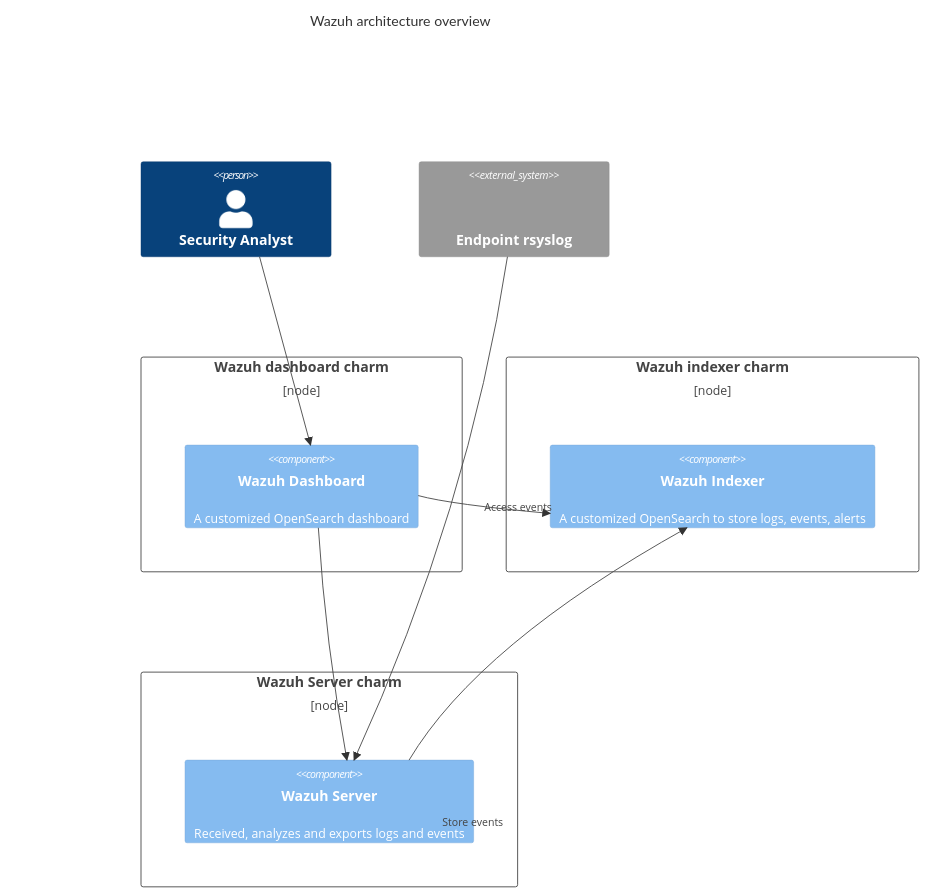
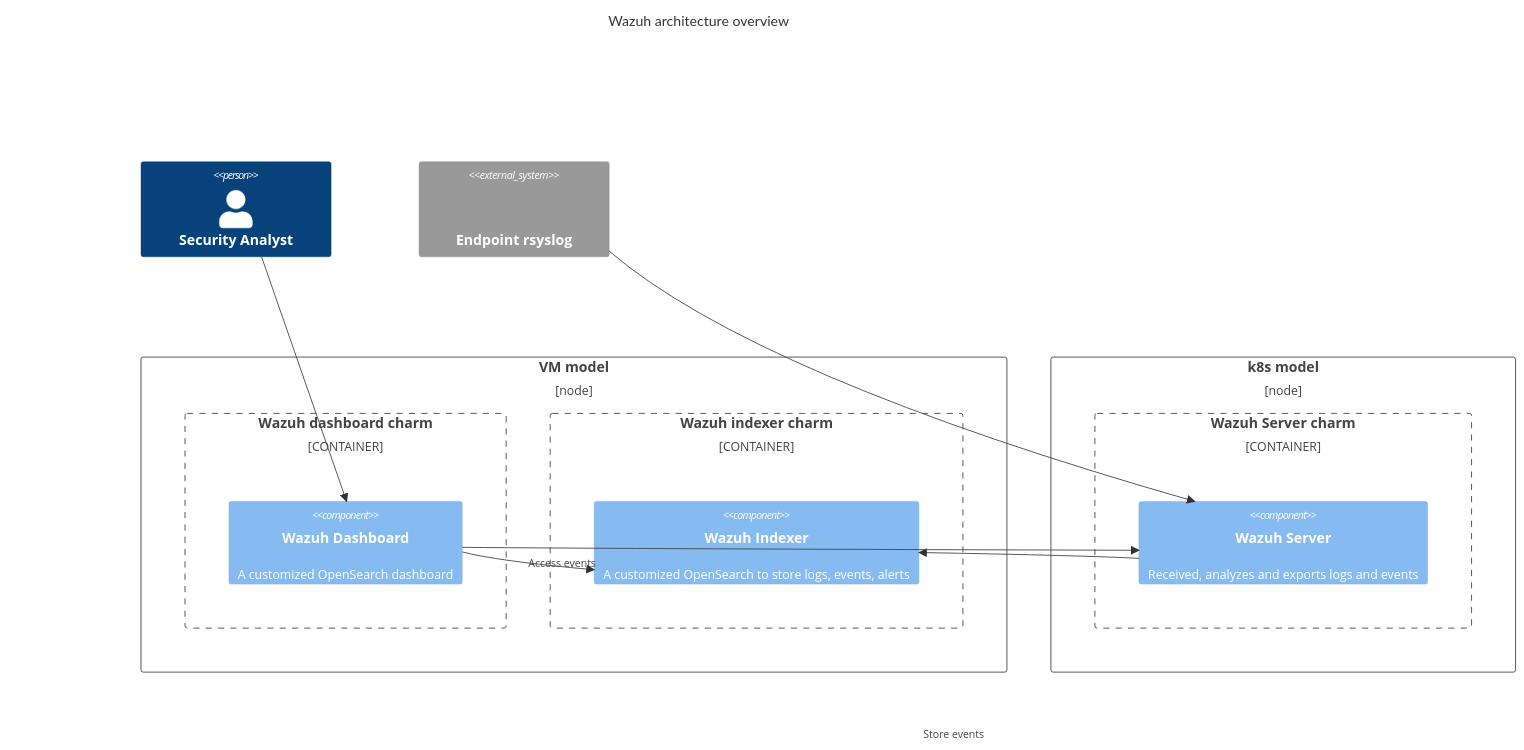
One commit to canonical/wazuh-server-operator changed the diagram in docs/explanation/architecture-overview.md. Above: the diagram before and after it, drawn with Mermaid.

Commit message:
Split architecture diagrams

````diff
--- a/docs/explanation/architecture-overview.md
+++ b/docs/explanation/architecture-overview.md
@@ -7,30 +7,33 @@
 ```mermaid
 C4Context
 title Wazuh architecture overview
 
 Person(security-analyst, "Security Analyst", "")
 Rel(security-analyst, wazuh-dashboard, "")
 
-Deployment_Node(wazuh-dashboard, "Wazuh dashboard charm") {
-  Component(wazuh-dashboard, "Wazuh Dashboard", "","A customized OpenSearch dashboard")
+Deployment_Node(vm-model, "VM model") {
+  Container_Boundary(wazuh-dashboard, "Wazuh dashboard charm") {
+    Component(wazuh-dashboard, "Wazuh Dashboard", "","A customized OpenSearch dashboard")
+  }
+  Container_Boundary(wazuh-indexer, "Wazuh indexer charm") {
+    Component(wazuh-indexer, "Wazuh Indexer", "","A customized OpenSearch to store logs, events, alerts")
+  }
 }
 
-Deployment_Node(wazuh-indexer, "Wazuh indexer charm") {
-  Component(wazuh-indexer, "Wazuh Indexer", "","A customized OpenSearch to store logs, events, alerts")
-}
-
-Deployment_Node(wazuh-server, "Wazuh Server charm") {
-  Component(wazuh-server, "Wazuh Server", "", "Received, analyzes and exports logs and events")
+Deployment_Node(k8s-model, "k8s model") {
+  Container_Boundary(wazuh-server, "Wazuh Server charm") {
+    Component(wazuh-server, "Wazuh Server", "", "Received, analyzes and exports logs and events")
+  }
 }
 
 System_Ext(endpoint-rsyslog, "Endpoint rsyslog", "","Forwards logs to Wazuh")
 
 Rel(wazuh-server, wazuh-indexer, "Store events")
 Rel(wazuh-dashboard, wazuh-indexer, "Access events")
 Rel(wazuh-dashboard, wazuh-server, "")
 Rel(endpoint-rsyslog, wazuh-server, "")
 
 UpdateRelStyle(wazuh-server, wazuh-indexer, $offsetX="-120", $offsetY="200")
 
 UpdateLayoutConfig($c4ShapeInRow="2", $c4BoundaryInRow="2")
 ```
````
